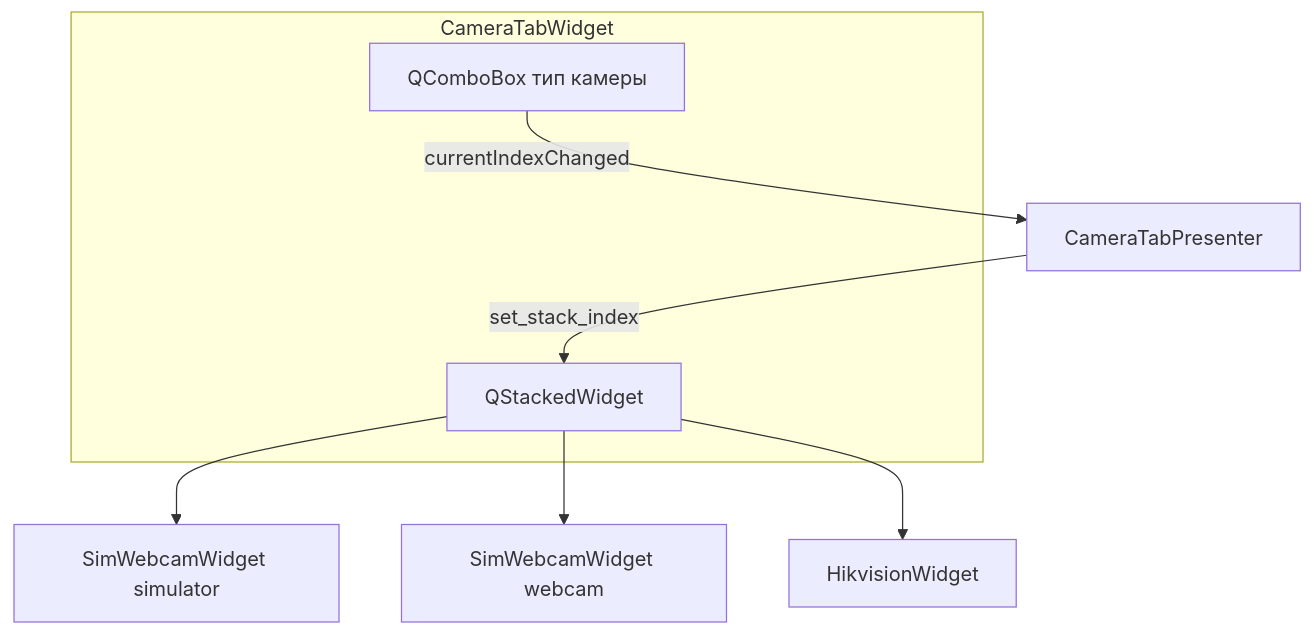
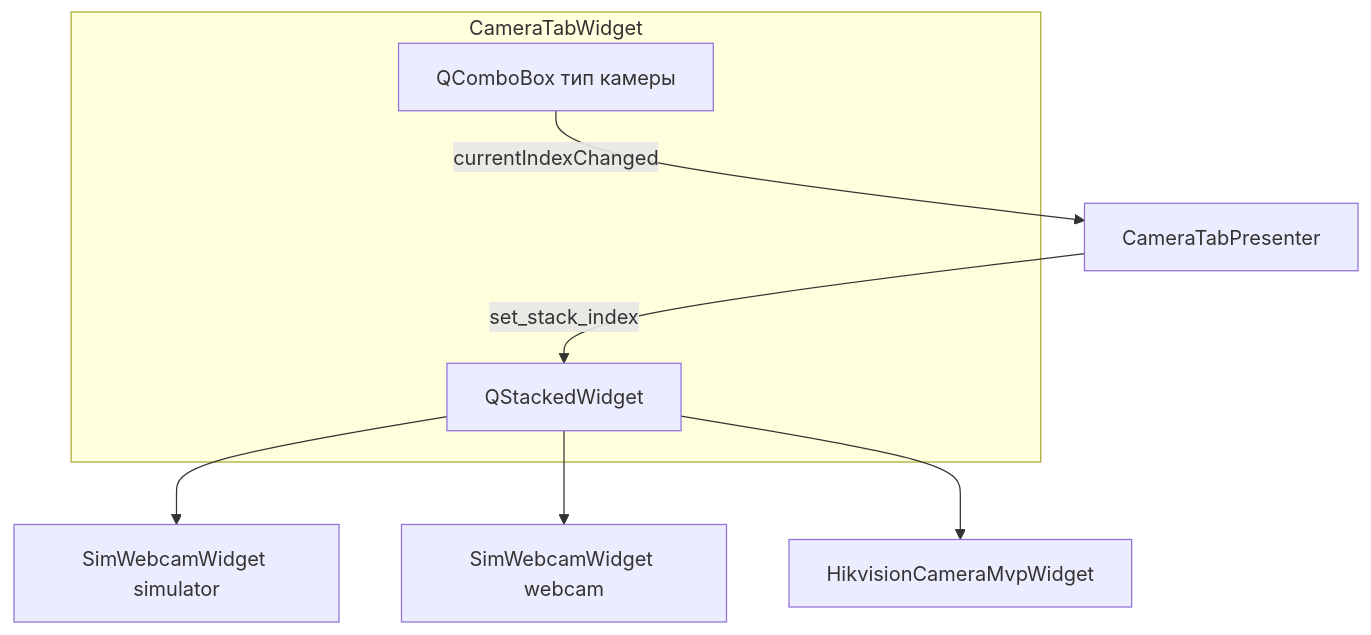
The first of 2 diagrams in Inspector_prototype/multiprocess_prototype/frontend/widgets/tabs_setting/camera_tab/README.md (TWOKRAI/Inspector_bottles), drawn with Mermaid before and after one commit. The commit also changed other lines of this file and 32 other files, not shown here.

First line of the commit message:
feat: introduce HikvisionCameraMvp widget and refactor camera tab architecture

````diff
--- a/Inspector_prototype/multiprocess_prototype/frontend/widgets/tabs_setting/camera_tab/README.md
+++ b/Inspector_prototype/multiprocess_prototype/frontend/widgets/tabs_setting/camera_tab/README.md
@@ -9,17 +9,17 @@
 ```mermaid
 flowchart TB
     subgraph CT["CameraTabWidget"]
         CB[QComboBox тип камеры]
         ST[QStackedWidget]
     end
 
     P0[SimWebcamWidget simulator]
     P1[SimWebcamWidget webcam]
-    P2[HikvisionWidget]
+    P2[HikvisionCameraMvpWidget]
 
     CB -->|currentIndexChanged| Pr[CameraTabPresenter]
     Pr -->|set_stack_index| ST
     ST --> P0
     ST --> P1
     ST --> P2
 ```
````
